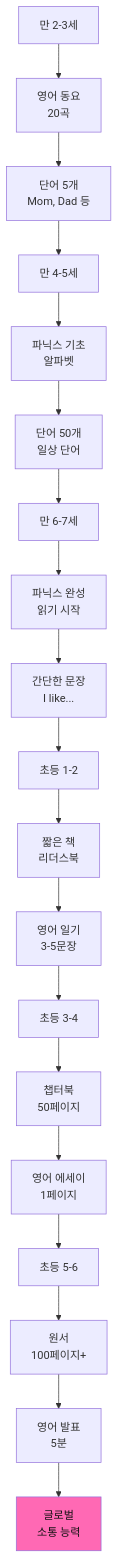
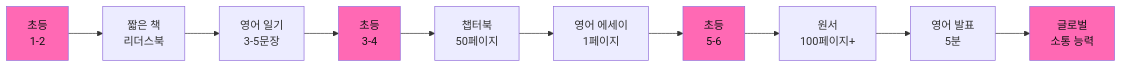
Before and after one commit to Collegenie-X/froebel: the ninth of 38 diagrams in 3단계-나이별_프뢰벨교육과_AI시대_종합가이드.md, drawn with Mermaid. The commit also changed other lines of this file and 5 other files, not shown here.

````diff
--- a/3단계-나이별_프뢰벨교육과_AI시대_종합가이드.md
+++ b/3단계-나이별_프뢰벨교육과_AI시대_종합가이드.md
@@ -381,30 +322,21 @@
-```mermaid
-graph TB
-    A[만 2-3세] --> A1[영어 동요<br/>20곡]
-    A1 --> A2[단어 5개<br/>Mom, Dad 등]
-    
-    B[만 4-5세] --> B1[파닉스 기초<br/>알파벳]
-    B1 --> B2[단어 50개<br/>일상 단어]
-    
-    C[만 6-7세] --> C1[파닉스 완성<br/>읽기 시작]
-    C1 --> C2[간단한 문장<br/>I like...]
-    
-    D[초등 1-2] --> D1[짧은 책<br/>리더스북]
+ ```mermaid
+graph LR 
+    D[초등 <br> 1-2] --> D1[짧은 책<br/>리더스북]
     D1 --> D2[영어 일기<br/>3-5문장]
     
-    E[초등 3-4] --> E1[챕터북<br/>50페이지]
+    E[초등 <br> 3-4] --> E1[챕터북<br/>50페이지]
     E1 --> E2[영어 에세이<br/>1페이지]
     
-    F[초등 5-6] --> F1[원서<br/>100페이지+]
+    F[초등 <br> 5-6] --> F1[원서<br/>100페이지+]
     F1 --> F2[영어 발표<br/>5분]
     
-    A2 --> B
-    B2 --> C
-    C2 --> D
     D2 --> E
     E2 --> F
     
     F2 --> G[글로벌<br/>소통 능력]
     
+    style D fill:#FF69B4,color:#111
+    style E fill:#FF69B4,color:#111
+    style F fill:#FF69B4,color:#111
     style G fill:#FF69B4,color:#111
 ```
````
